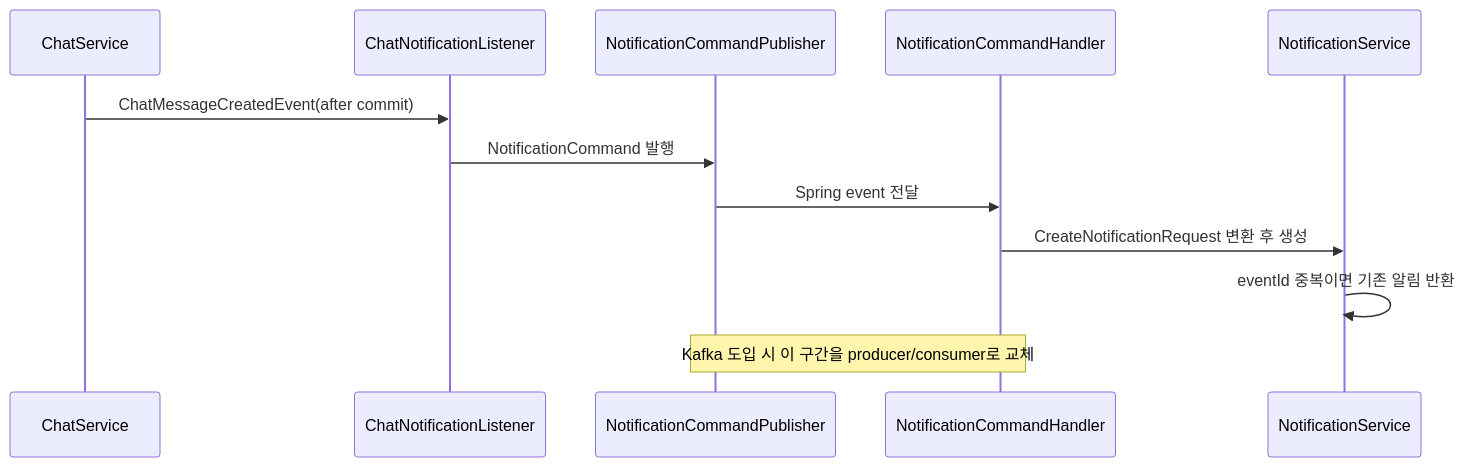
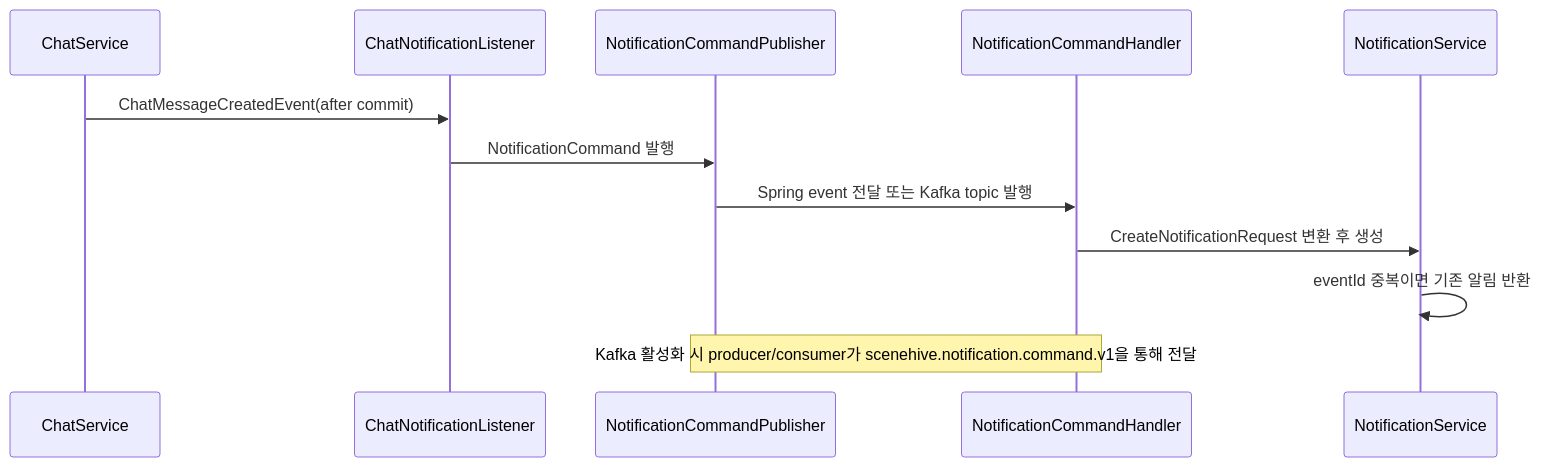
One commit to jdhert/SceneHive changed the sixth of 8 diagrams in README.md. Above: the diagram before and after it, drawn with Mermaid. The commit also changed other lines of this file and 15 other files, not shown here.

````diff
--- a/README.md
+++ b/README.md
@@ -294,15 +298,15 @@
 ```mermaid
 sequenceDiagram
     participant Chat as ChatService
     participant Listener as ChatNotificationListener
     participant CommandPub as NotificationCommandPublisher
     participant Handler as NotificationCommandHandler
     participant Notification as NotificationService
 
     Chat->>Listener: ChatMessageCreatedEvent(after commit)
     Listener->>CommandPub: NotificationCommand 발행
-    CommandPub->>Handler: Spring event 전달
+    CommandPub->>Handler: Spring event 전달 또는 Kafka topic 발행
     Handler->>Notification: CreateNotificationRequest 변환 후 생성
     Notification->>Notification: eventId 중복이면 기존 알림 반환
-    Note over CommandPub,Handler: Kafka 도입 시 이 구간을 producer/consumer로 교체
+    Note over CommandPub,Handler: Kafka 활성화 시 producer/consumer가 scenehive.notification.command.v1을 통해 전달
 ```
````
